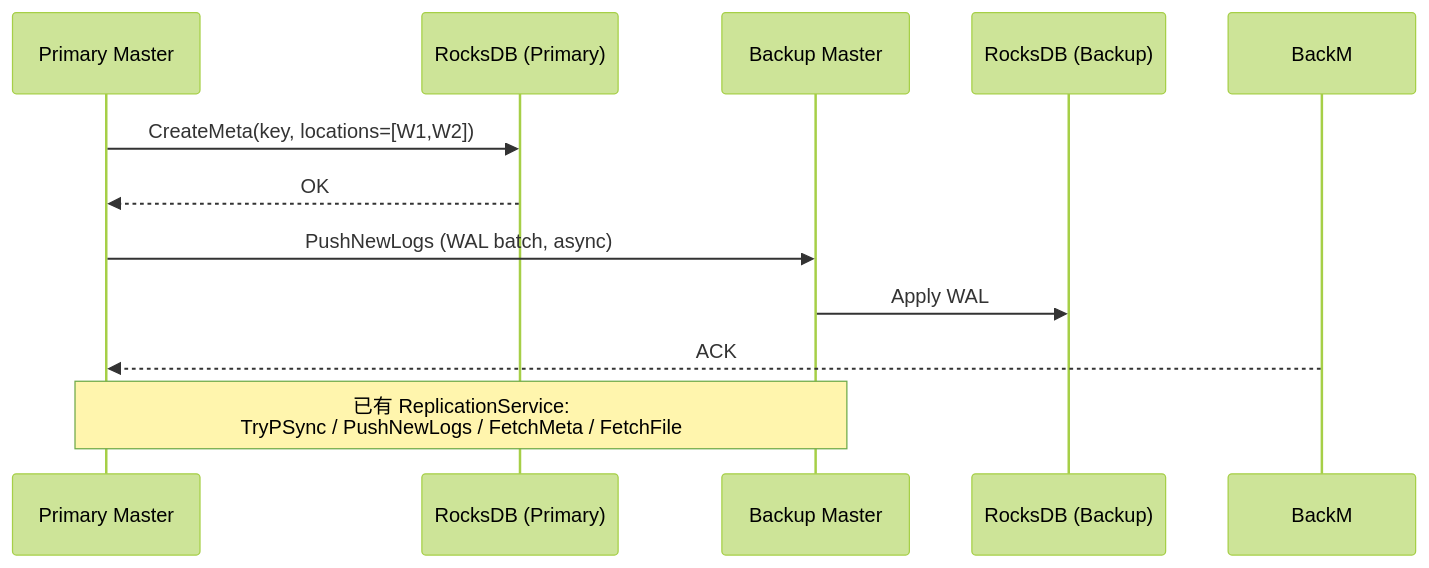
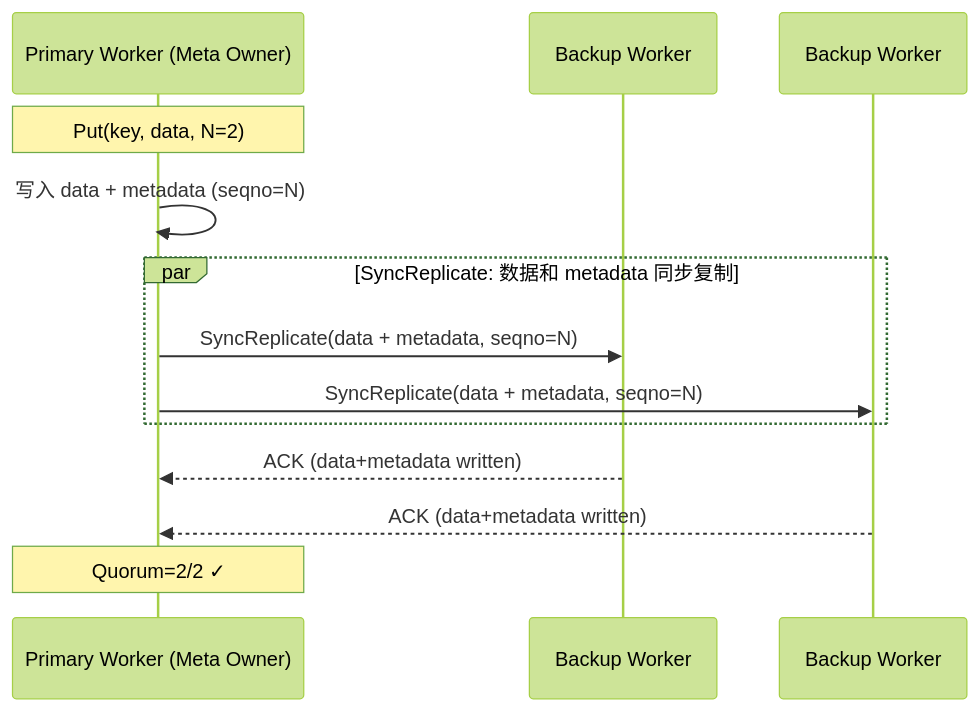
One commit to CheYulin/yuanrong-datasystem-agent-workbench changed the seventh of 9 diagrams in rfc/2026-05-multi-replica/design.md. Above: the diagram before and after it, drawn with Mermaid (forest theme). The commit also changed other lines of this file, not shown here.

First line of the commit message:
refactor(RFC2): redesign metadata as distributed on Workers via consistent hash

````diff
--- a/rfc/2026-05-multi-replica/design.md
+++ b/rfc/2026-05-multi-replica/design.md
@@ -754,16 +780,18 @@
 ```mermaid
 sequenceDiagram
-    participant PrimaryM as Primary Master
-    participant RocksDB_P as RocksDB (Primary)
-    participant BackupM as Backup Master
-    participant RocksDB_B as RocksDB (Backup)
+    participant Primary as Primary Worker (Meta Owner)
+    participant Backup1 as Backup Worker
+    participant Backup2 as Backup Worker
 
-    PrimaryM->>RocksDB_P: CreateMeta(key, locations=[W1,W2])
-    RocksDB_P-->>PrimaryM: OK
+    Note over Primary: Put(key, data, N=2)
 
-    PrimaryM->>BackupM: PushNewLogs (WAL batch, async)
-    BackupM->>RocksDB_B: Apply WAL
-    BackM-->>PrimaryM: ACK
+    Primary->>Primary: 写入 data + metadata (seqno=N)
 
-    Note over PrimaryM,BackupM: 已有 ReplicationService:<br/>TryPSync / PushNewLogs / FetchMeta / FetchFile
+    par SyncReplicate: 数据和 metadata 同步复制
+        Primary->>Backup1: SyncReplicate(data + metadata, seqno=N)
+        Primary->>Backup2: SyncReplicate(data + metadata, seqno=N)
+    end
+    Backup1-->>Primary: ACK (data+metadata written)
+    Backup2-->>Primary: ACK (data+metadata written)
+    Note over Primary: Quorum=2/2 ✓
 ```
````
